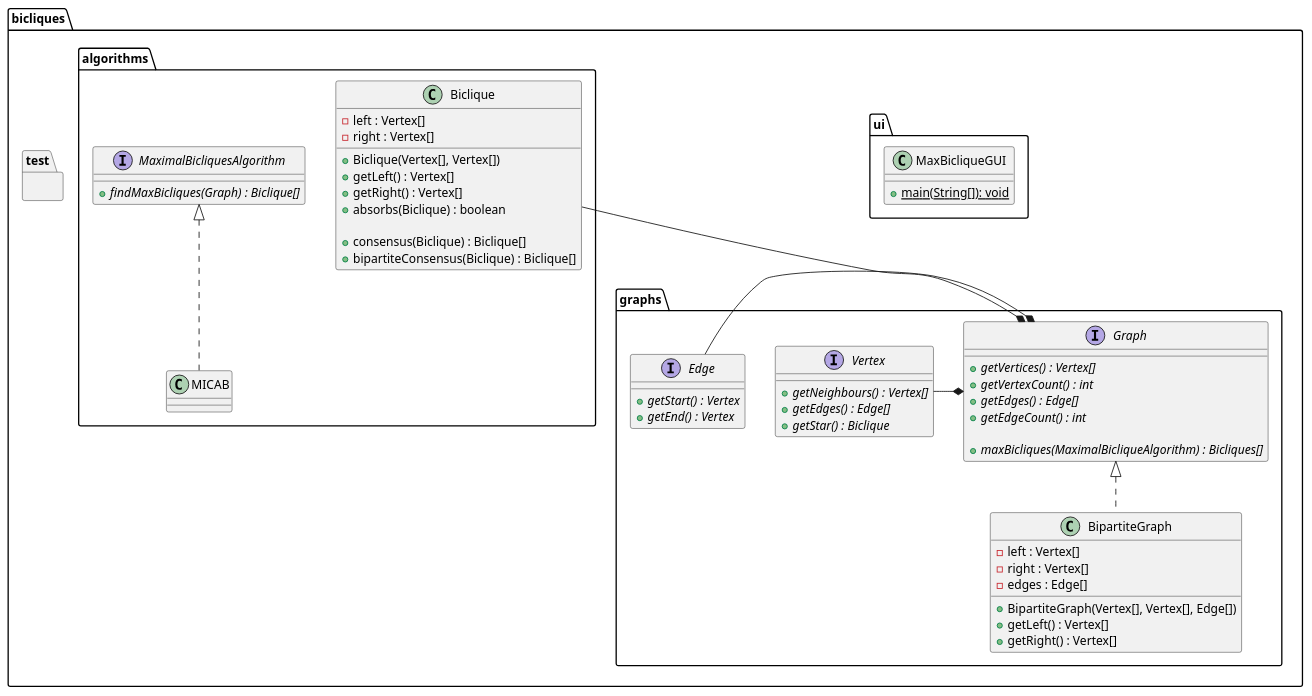
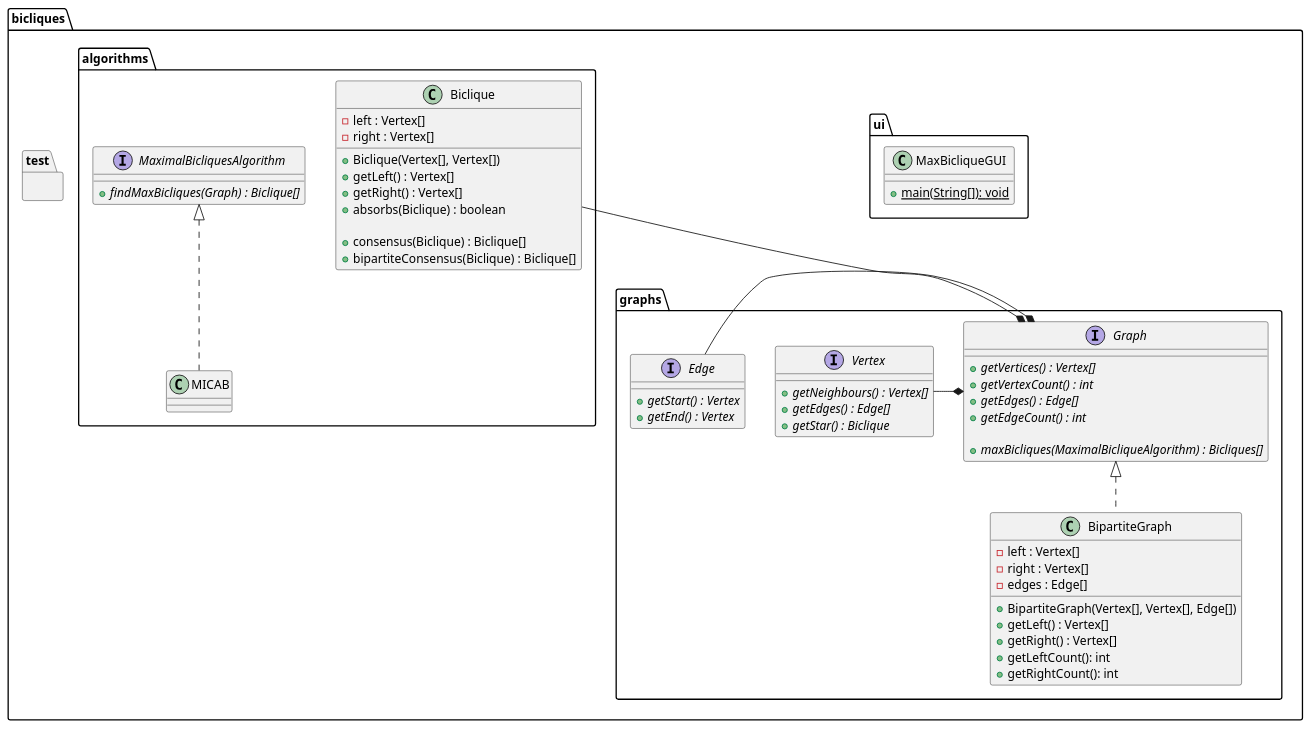
One commit to wirmius/max_bicliques changed the diagram in class_diagram.puml. Above: the diagram before and after it, drawn with PlantUML.

Commit message:
Class diagram: BipartiteGraph: methods getLeft/RightCount() added

```diff
--- a/class_diagram.puml
+++ b/class_diagram.puml
@@ -19,139 +19,141 @@
 @startuml
 
 package bicliques {
 
 ' The graph section
 package bicliques.graphs {
 
   interface Graph {
     {method}{abstract} + getVertices() : Vertex[]
     {method}{abstract} + getVertexCount() : int
     {method}{abstract} + getEdges() : Edge[]
     {method}{abstract} + getEdgeCount() : int
 
 /'
 I don't think these two methods should be in the general graph interface.
 The maximum biclique algorithm class should be the one owning the graph
 class and not the other way around. - MI
 
 I do not agree (but maybe I do not understand the whole thing ;-).
 I would implement the strategy design pattern, but one can do that in one line...
 Improvement: Now in every call of maxBicliques one can choose
 the proper algorithm directly. -RK
 '/
     {method}{abstract} + maxBicliques(MaximalBicliqueAlgorithm) : Bicliques[]
   }
 
   interface Vertex {
     {method}{abstract} + getNeighbours() : Vertex[]
     {method}{abstract} + getEdges() : Edge[]
     {method}{abstract} + getStar() : Biclique
   }
   
   interface Edge {
     {method}{abstract} + getStart() : Vertex
     {method}{abstract} + getEnd() : Vertex
   }
 
   Vertex -* Graph
   Edge -* Graph
   
   class BipartiteGraph {
     {field} - left : Vertex[]
     {field} - right : Vertex[]
     {field} - edges : Edge[]
     {method} + BipartiteGraph(Vertex[], Vertex[], Edge[])
     {method} + getLeft() : Vertex[]
     {method} + getRight() : Vertex[]
+    {method} + getLeftCount(): int
+    {method} + getRightCount(): int
   }
   
   Graph <|.. BipartiteGraph
   
 }
 
 
 ' The UI section
 package bicliques.ui {
 
 /'
 For the UI part I say we need to come up with something, that can read in
 the text files (I don't want to be copying and pasting stuff in the windows
 every time I use it). - MI.
 
 So do I. In my suggested screenshot of a possible UI the menu would provide
 - Input: load (from file) or from input in window
 - Output: save (to file)
 - Algorithm: choose between several implemented ones
 - Help: Description of algorithms and the common "About".
 -RK
 '/
 
   class MaxBicliqueGUI {
     {method}{static} + main(String[]): void
   }
 }
 
 ' The algorithms section
 package bicliques.algorithms {
 
   class Biclique {
     {field} - left : Vertex[]
     {field} - right : Vertex[]
 /'
 Why should we need access to a graph from a biclique? -RK
 
 Because the bicliques are defined by the graph, more or less.
 To me it makes sense in term of program logic.
 Put it back in if you agree. - MI
 
 I'm not convinced. Can you explain in detail? -RK
 
 '    {field} - graph : Graph
 '/
 	{method} + Biclique(Vertex[], Vertex[])
     {method} + getLeft() : Vertex[]
     {method} + getRight() : Vertex[]
 /'
 Why should we need access to a graph from a biclique? -RK
 '    {method} + getGraph() : Graph[] --o Graph
 '/
     {method} + absorbs(Biclique) : boolean
     
 /'
 Changed method adjunction to consensus (I think you meant that didn't you?).
 For bipartite graphs only the half of the consensuses is needed,
 so there is an additional method. -RK
 '/
     {method} + consensus(Biclique) : Biclique[]
     {method} + bipartiteConsensus(Biclique) : Biclique[]
   }
 
   Biclique --* Graph
 
   interface MaximalBicliquesAlgorithm {
     {method}{abstract} + findMaxBicliques(Graph) : Biclique[]
   }
 
   /'
   MICA algorithm improved for bipartite graphs. -RK
   '/
   class MICAB {
   }
   
   MaximalBicliquesAlgorithm <|.. MICAB
   
 }
 
 package bicliques.test {
 
 /'
 The testing that we will need. I say we use junit 4 or 5
 to make it more streamlined. -MI
 I agree. -RK
 '/
 
 }
 
 }
 
 @enduml
```
